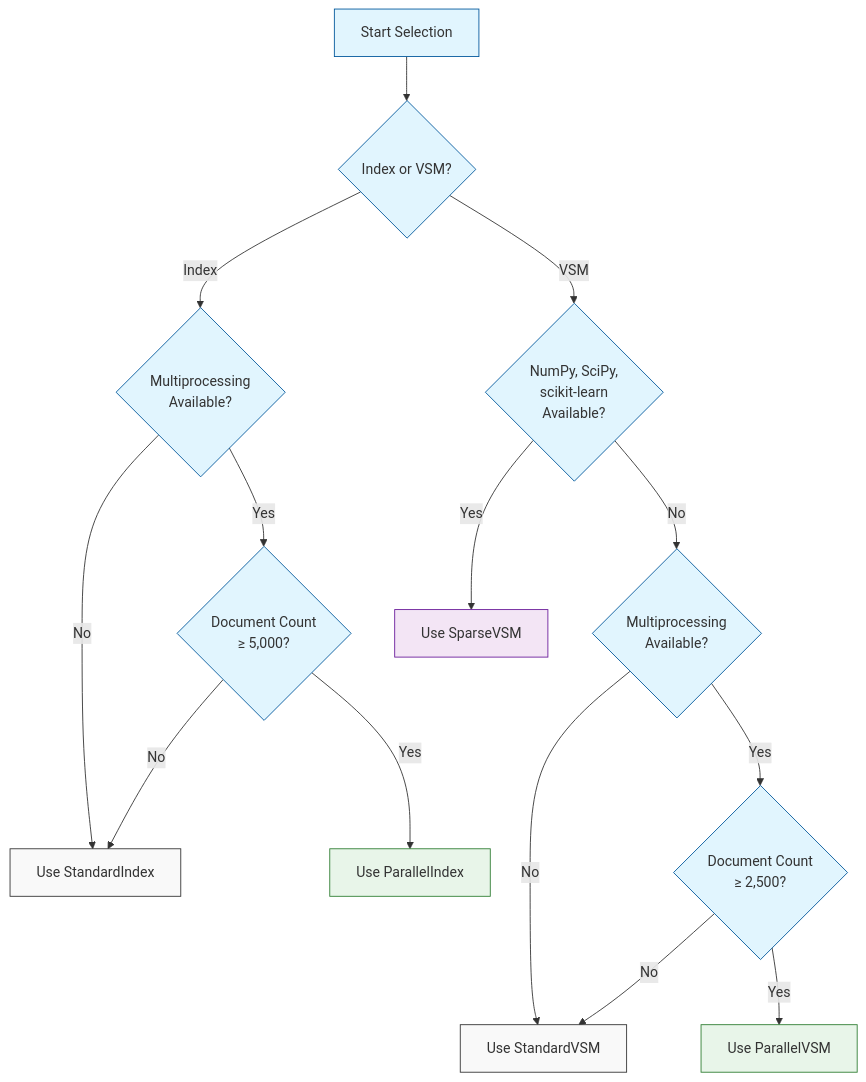
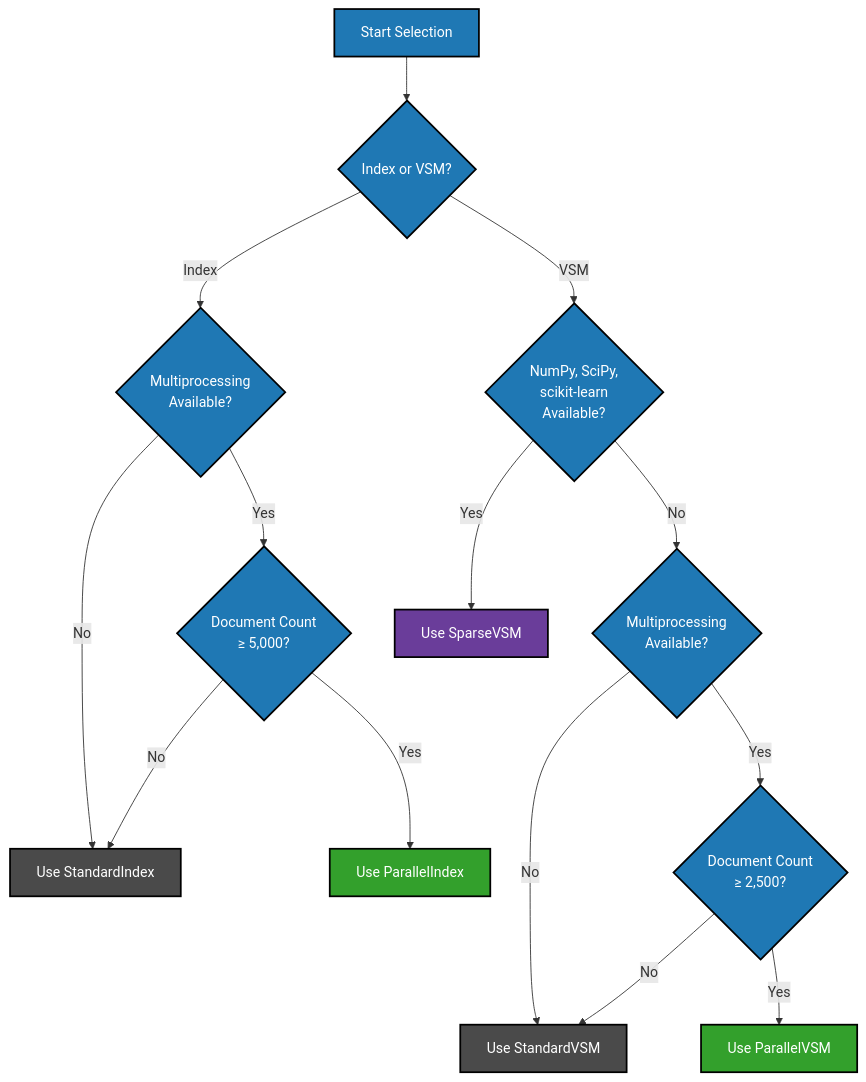
The diagram in HW03/README.md (mdb42/csc790-information-retrieval), drawn with Mermaid before and after one commit.

Commit message:
README.md Mermaid diagram styles

````diff
--- a/HW03/README.md
+++ b/HW03/README.md
@@ -195,31 +195,32 @@
 ```mermaid
 flowchart TD
     start[Start Selection] --> indexQ{Index or VSM?}
     
     %% Index Selection Path
     indexQ -->|Index| multiQ1{Multiprocessing\nAvailable?}
     multiQ1 -->|No| stdIndex[Use StandardIndex]
     multiQ1 -->|Yes| docQ1{Document Count\n≥ 5,000?}
     docQ1 -->|No| stdIndex
     docQ1 -->|Yes| parallelIndex[Use ParallelIndex]
     
     %% VSM Selection Path
     indexQ -->|VSM| depsQ{NumPy, SciPy,\nscikit-learn\nAvailable?}
     depsQ -->|Yes| sparseVSM[Use SparseVSM]
     depsQ -->|No| multiQ2{Multiprocessing\nAvailable?}
     multiQ2 -->|No| stdVSM[Use StandardVSM]
     multiQ2 -->|Yes| docQ2{Document Count\n≥ 2,500?}
     docQ2 -->|No| stdVSM
     docQ2 -->|Yes| parallelVSM[Use ParallelVSM]
     
     %% Styling
-    classDef standard fill:#f9f9f9,stroke:#333,stroke-width:1px
-    classDef decision fill:#e1f5fe,stroke:#01579b,stroke-width:1px
-    classDef parallel fill:#e8f5e9,stroke:#2e7d32,stroke-width:1px
-    classDef sparse fill:#f3e5f5,stroke:#6a1b9a,stroke-width:1px
+    classDef standard fill:#4a4a4a,stroke:#000,stroke-width:2px,color:#fff;
+    classDef decision fill:#1f78b4,stroke:#000,stroke-width:2px,color:#fff;
+    classDef parallel fill:#33a02c,stroke:#000,stroke-width:2px,color:#fff;
+    classDef sparse fill:#6a3d9a,stroke:#000,stroke-width:2px,color:#fff;
+
     
     class start,indexQ,multiQ1,multiQ2,docQ1,docQ2,depsQ decision
     class stdIndex,stdVSM standard
     class parallelIndex,parallelVSM parallel
     class sparseVSM sparse
 ```
````
